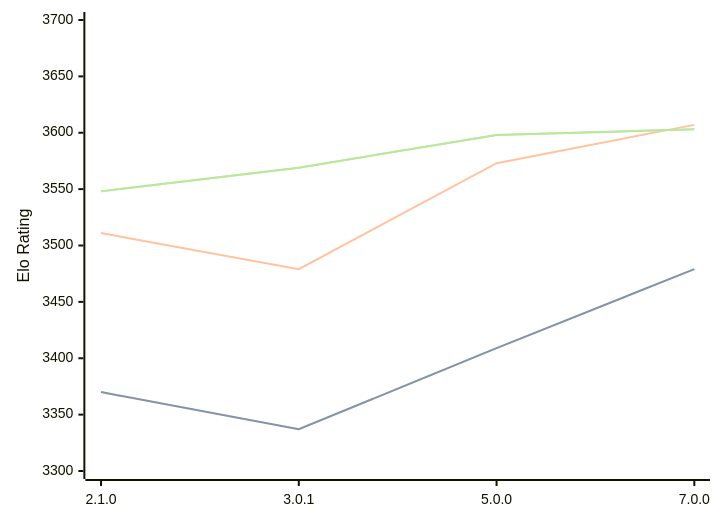
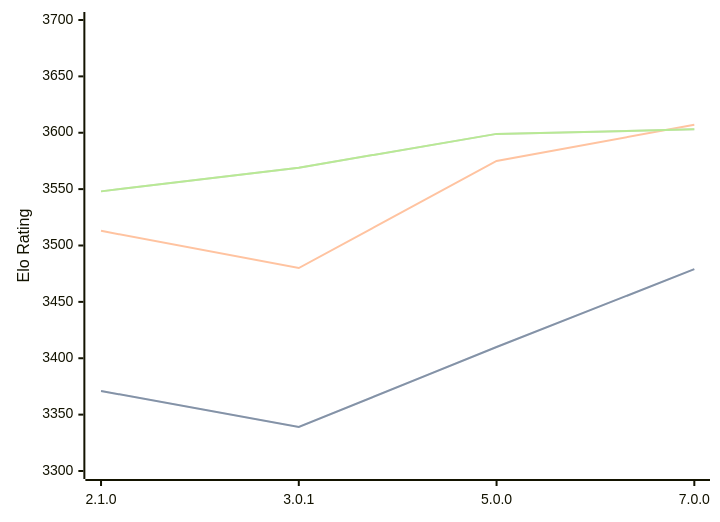
Before and after one commit to computer-chess-index/cci: the diagram in engines/PlentyChess.md, drawn with Mermaid. The commit also changed other lines of this file, not shown here.

Commit message:
Update CCI Ratings (ELO VLTC) - 2026-05-03

````diff
--- a/engines/PlentyChess.md
+++ b/engines/PlentyChess.md
@@ -45,11 +45,11 @@
 ```mermaid
 %%{init: {"theme":"base","themeVariables":{"seriesColors:['#a3a3a3','#222221','#faa371']}}}%%
 xychart-beta
   x-axis ["2.1.0", "3.0.1", "5.0.0", "7.0.0"]
   y-axis "Elo Rating" 3300 --> 3700
-  line "STC (8.0+0.08s)" [3370, 3337, 3409, 3479]
-  line "STC (8.0+0.08s)" [3370, 3337, 3409, 3479]
-  line "LTC (60.0+0.60s)" [3511, 3479, 3573, 3607]
-  line "VLTC (2m24s+1.12s)" [3548, 3569, 3598, 3603]
-  line "VLTC (2m24s+1.12s)" [3548, 3569, 3598, 3603]
+  line "STC (8.0+0.08s)" [3371, 3339, 3410, 3479]
+  line "STC (8.0+0.08s)" [3371, 3339, 3410, 3479]
+  line "LTC (60.0+0.60s)" [3513, 3480, 3575, 3607]
+  line "VLTC (2m24s+1.12s)" [3548, 3569, 3599, 3603]
+  line "VLTC (2m24s+1.12s)" [3548, 3569, 3599, 3603]
 ```
````
